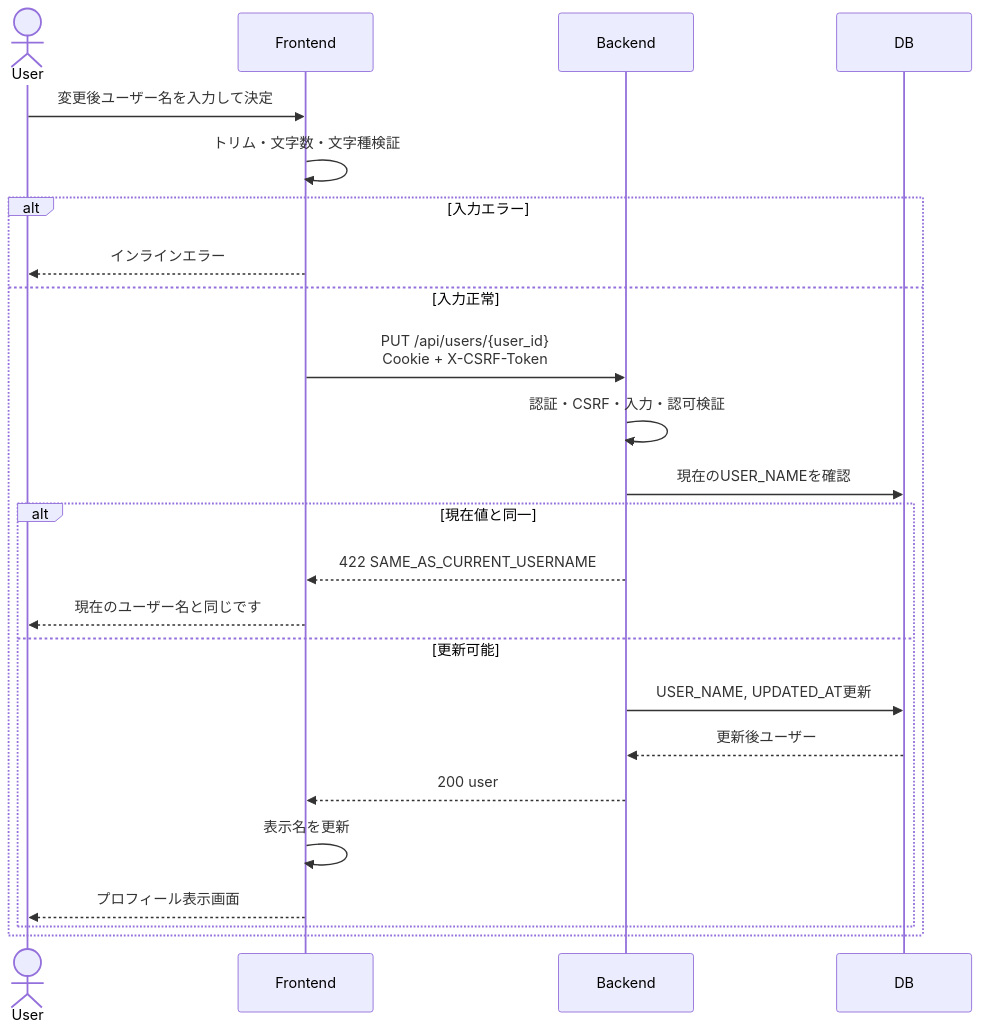
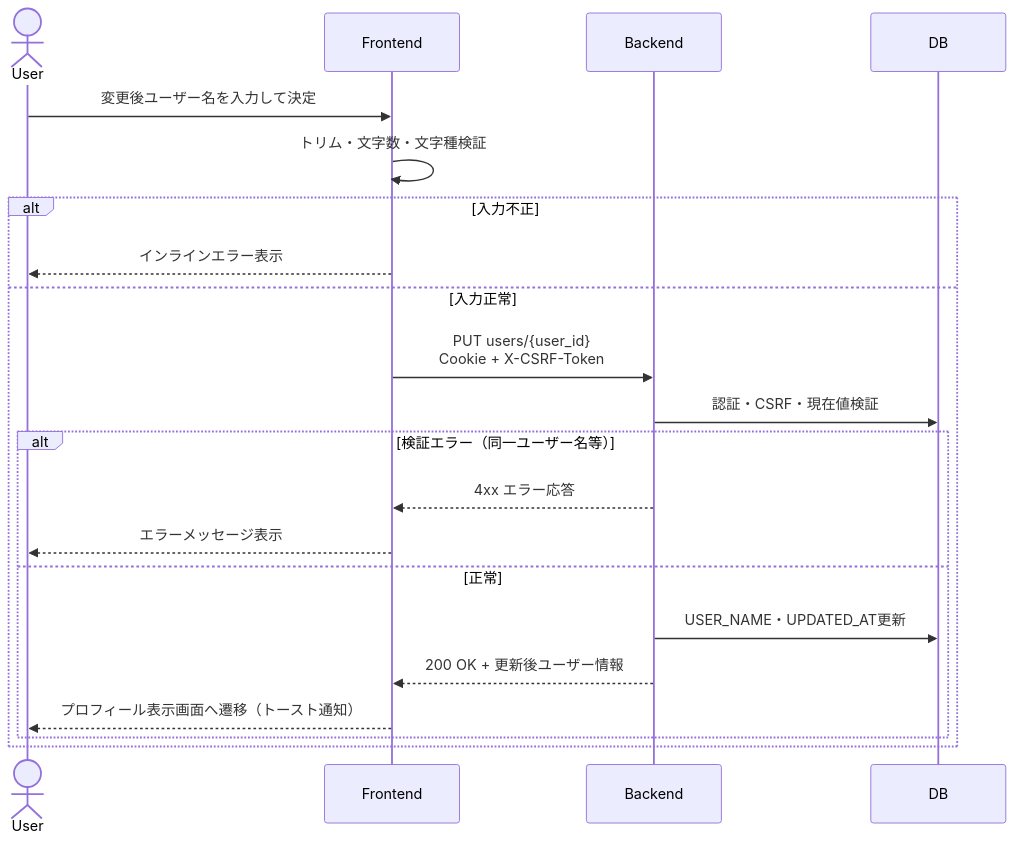
The first of 3 diagrams in docs/design/process_design/02_account_edit.md (TUS-TI-dev-team/SyncTask), drawn with Mermaid before and after one commit. The commit also changed other lines of this file and 60 other files, not shown here.

````diff
--- a/docs/design/process_design/02_account_edit.md
+++ b/docs/design/process_design/02_account_edit.md
@@ -29,26 +29,23 @@
 ```mermaid
 sequenceDiagram
     actor User
     participant Frontend
     participant Backend
     participant DB
     User->>Frontend: 変更後ユーザー名を入力して決定
     Frontend->>Frontend: トリム・文字数・文字種検証
-    alt 入力エラー
-        Frontend-->>User: インラインエラー
+    alt 入力不正
+        Frontend-->>User: インラインエラー表示
     else 入力正常
-        Frontend->>Backend: PUT /api/users/{user_id}<br/>Cookie + X-CSRF-Token
-        Backend->>Backend: 認証・CSRF・入力・認可検証
-        Backend->>DB: 現在のUSER_NAMEを確認
-        alt 現在値と同一
-            Backend-->>Frontend: 422 SAME_AS_CURRENT_USERNAME
-            Frontend-->>User: 現在のユーザー名と同じです
-        else 更新可能
-            Backend->>DB: USER_NAME, UPDATED_AT更新
-            DB-->>Backend: 更新後ユーザー
-            Backend-->>Frontend: 200 user
-            Frontend->>Frontend: 表示名を更新
-            Frontend-->>User: プロフィール表示画面
+        Frontend->>Backend: PUT users/{user_id}<br/>Cookie + X-CSRF-Token
+        Backend->>DB: 認証・CSRF・現在値検証
+        alt 検証エラー（同一ユーザー名等）
+            Backend-->>Frontend: 4xx エラー応答
+            Frontend-->>User: エラーメッセージ表示
+        else 正常
+            Backend->>DB: USER_NAME・UPDATED_AT更新
+            Backend-->>Frontend: 200 OK + 更新後ユーザー情報
+            Frontend-->>User: プロフィール表示画面へ遷移（トースト通知）
         end
     end
 ```
````
